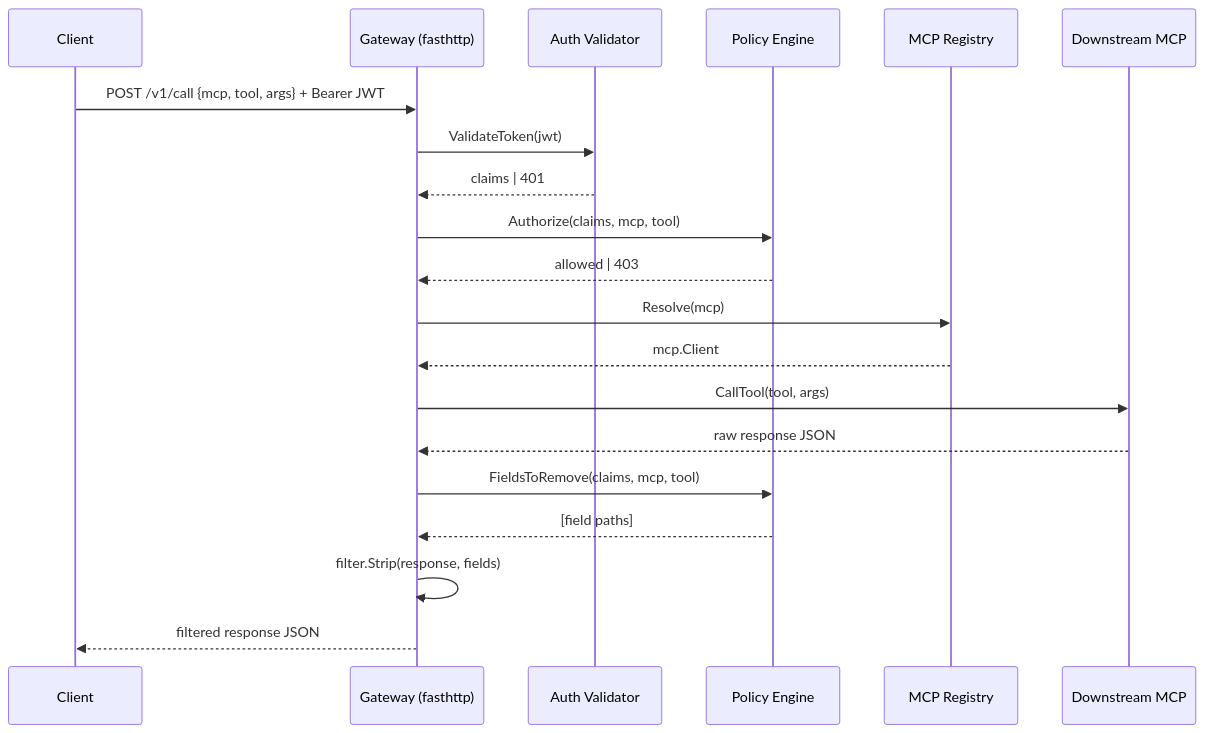
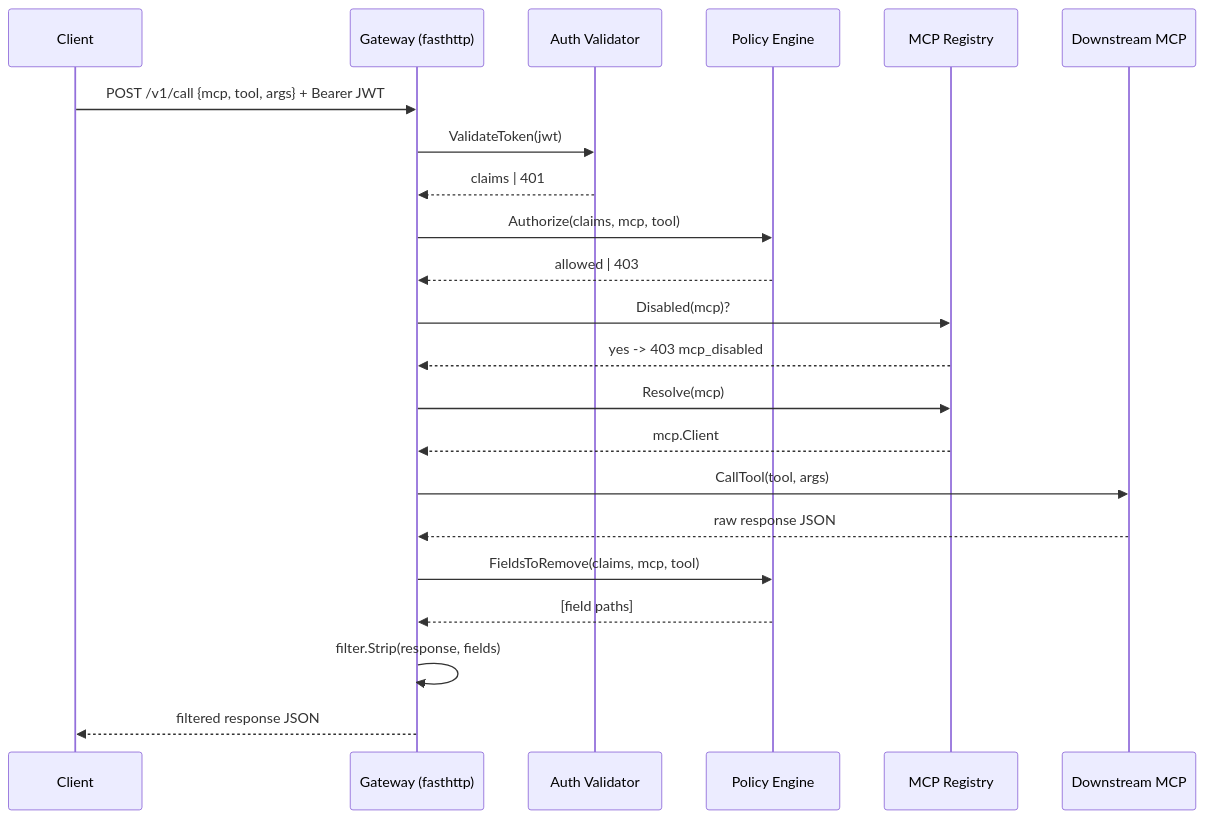
Before and after one commit to primemcp/mcplake: the diagram in docs/architecture/data.md, drawn with Mermaid. The commit also changed other lines of this file and 17 other files, not shown here.

````diff
--- a/docs/architecture/data.md
+++ b/docs/architecture/data.md
@@ -196,23 +196,25 @@
 ```mermaid
 sequenceDiagram
     participant C as Client
     participant GW as Gateway (fasthttp)
     participant Auth as Auth Validator
     participant Pol as Policy Engine
     participant Reg as MCP Registry
     participant M as Downstream MCP
 
     C->>GW: POST /v1/call {mcp, tool, args} + Bearer JWT
     GW->>Auth: ValidateToken(jwt)
     Auth-->>GW: claims | 401
     GW->>Pol: Authorize(claims, mcp, tool)
     Pol-->>GW: allowed | 403
+    GW->>Reg: Disabled(mcp)?
+    Reg-->>GW: yes -> 403 mcp_disabled
     GW->>Reg: Resolve(mcp)
     Reg-->>GW: mcp.Client
     GW->>M: CallTool(tool, args)
     M-->>GW: raw response JSON
     GW->>Pol: FieldsToRemove(claims, mcp, tool)
     Pol-->>GW: [field paths]
     GW->>GW: filter.Strip(response, fields)
     GW-->>C: filtered response JSON
 ```
````
